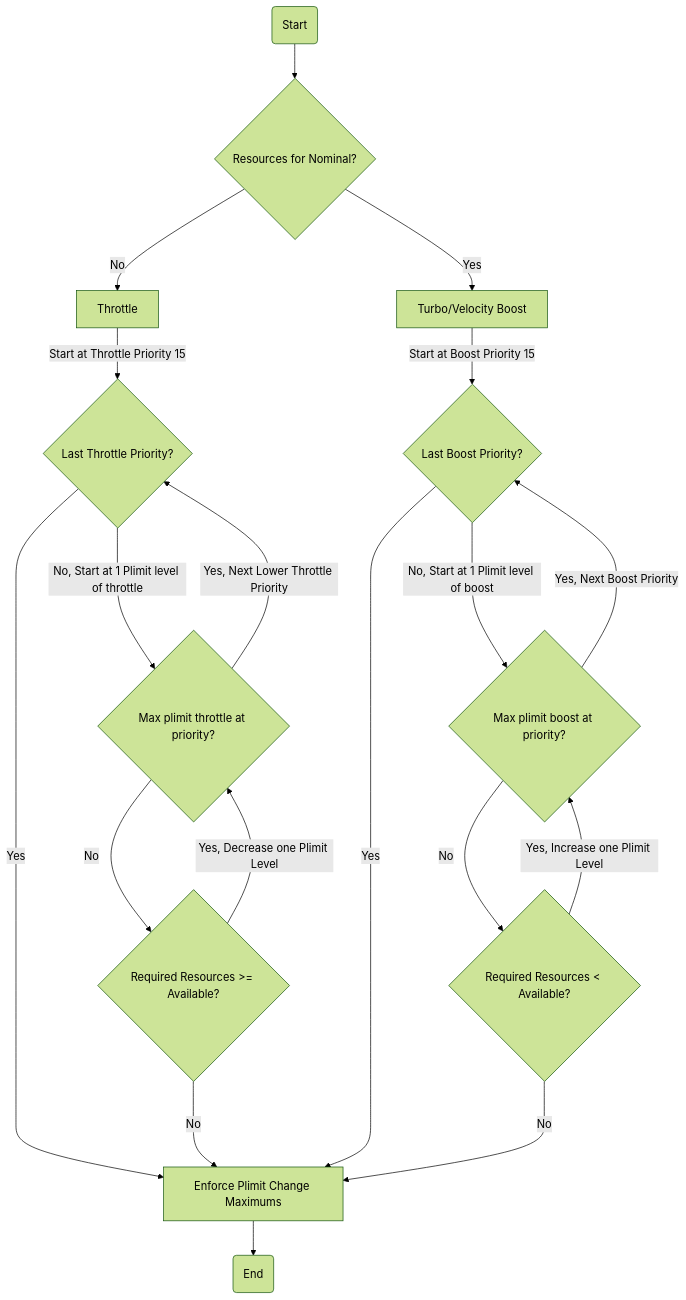
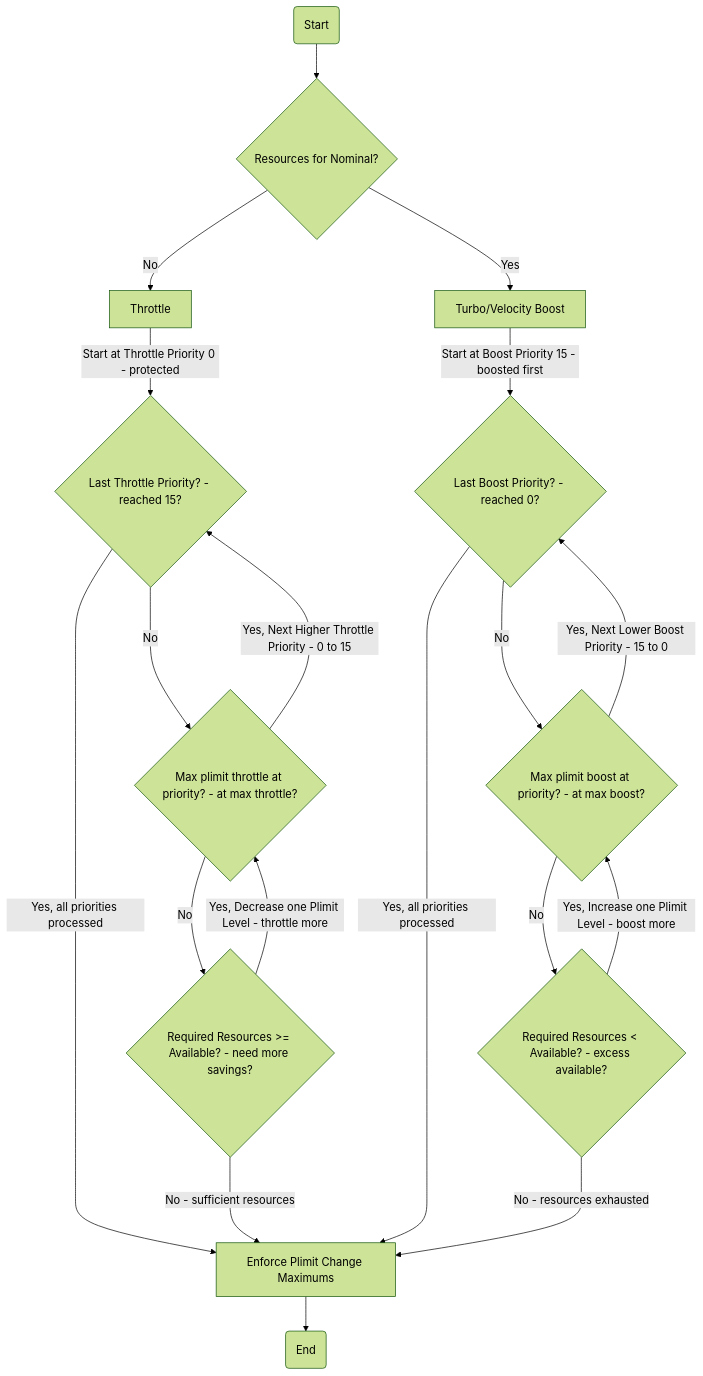
One commit to jivahire-com/cpp-thread-safe-cache changed the third of 6 diagrams in docs/development/FirmwareDesign/PowerManagement.md. Above: the diagram before and after it, drawn with Mermaid (forest theme). The commit also changed other lines of this file and 2 other files, not shown here.

First paragraph of the commit message:
Merged PR 167694: [KNG][MSCP][PWR] Fix throttle priority order
## Why is this change being made?
Match throttle priority behavior as per Spec.

````diff
--- a/docs/development/FirmwareDesign/PowerManagement.md
+++ b/docs/development/FirmwareDesign/PowerManagement.md
@@ -437,24 +449,24 @@
 ```mermaid
 flowchart TD
     Init1(Start) --> Init2{Resources for Nominal?}
     Init2 -->|No| Throttle1[Throttle]
     Init2 -->|Yes| Turbo1[Turbo/Velocity Boost]
     
-    Throttle1 -->|Start at Throttle Priority 15| Throttle2{Last Throttle Priority?}
-    Throttle2 --->|No, Start at 1 Plimit level of throttle| Throttle3{Max plimit throttle at priority?}
-    Throttle2 ------>|Yes| End
-    Throttle3 -->|Yes, Next Lower Throttle Priority| Throttle2
-    Throttle3 -->|No| Throttle4{Required Resources >= Available?}
-    Throttle4 -->|Yes, Decrease one Plimit Level| Throttle3
-    Throttle4 -->|No| End
+    Throttle1 -->|Start at Throttle Priority 0 - protected| Throttle2{Last Throttle Priority? - reached 15?}
+    Throttle2 --->|No| Throttle3{Max plimit throttle at priority? - at max throttle?}
+    Throttle2 ------>|Yes, all priorities processed| End
+    Throttle3 -->|Yes, Next Higher Throttle Priority - 0 to 15| Throttle2
+    Throttle3 -->|No| Throttle4{Required Resources >= Available? - need more savings?}
+    Throttle4 -->|Yes, Decrease one Plimit Level - throttle more| Throttle3
+    Throttle4 -->|No - sufficient resources| End
     
-    Turbo1 -->|Start at Boost Priority 15| Turbo2{Last Boost Priority?}
-    Turbo2 --->|No, Start at 1 Plimit level of boost| Turbo3{Max plimit boost at priority?}
-    Turbo2 ------>|Yes| End
-    Turbo3 -->|Yes, Next Boost Priority| Turbo2
-    Turbo3 -->|No| Turbo4{Required Resources < Available?}
-    Turbo4 -->|Yes, Increase one Plimit Level| Turbo3
-    Turbo4 -->|No| End
+    Turbo1 -->|Start at Boost Priority 15 - boosted first| Turbo2{Last Boost Priority? - reached 0?}
+    Turbo2 --->|No| Turbo3{Max plimit boost at priority? - at max boost?}
+    Turbo2 ------>|Yes, all priorities processed| End
+    Turbo3 -->|Yes, Next Lower Boost Priority - 15 to 0| Turbo2
+    Turbo3 -->|No| Turbo4{Required Resources < Available? - excess available?}
+    Turbo4 -->|Yes, Increase one Plimit Level - boost more| Turbo3
+    Turbo4 -->|No - resources exhausted| End
     End[Enforce Plimit Change Maximums]
     End --> End2(End)
 ```
````
